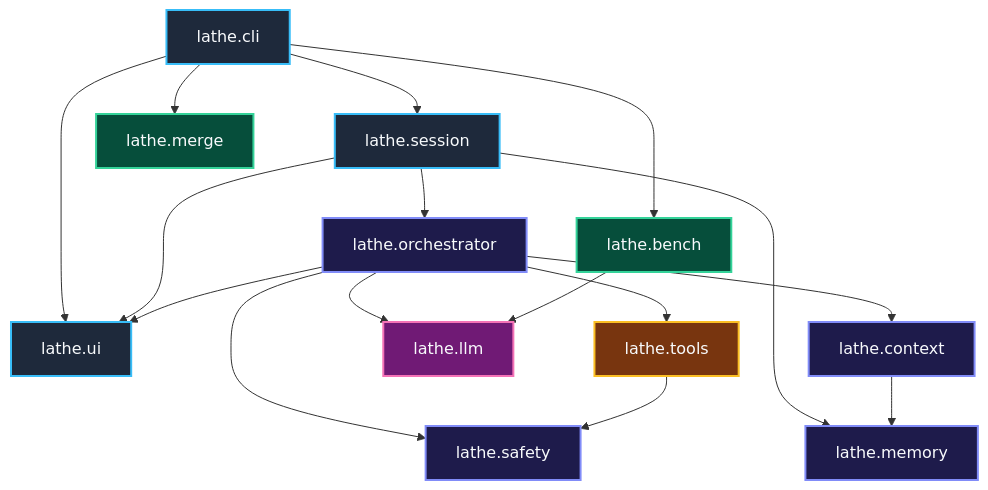
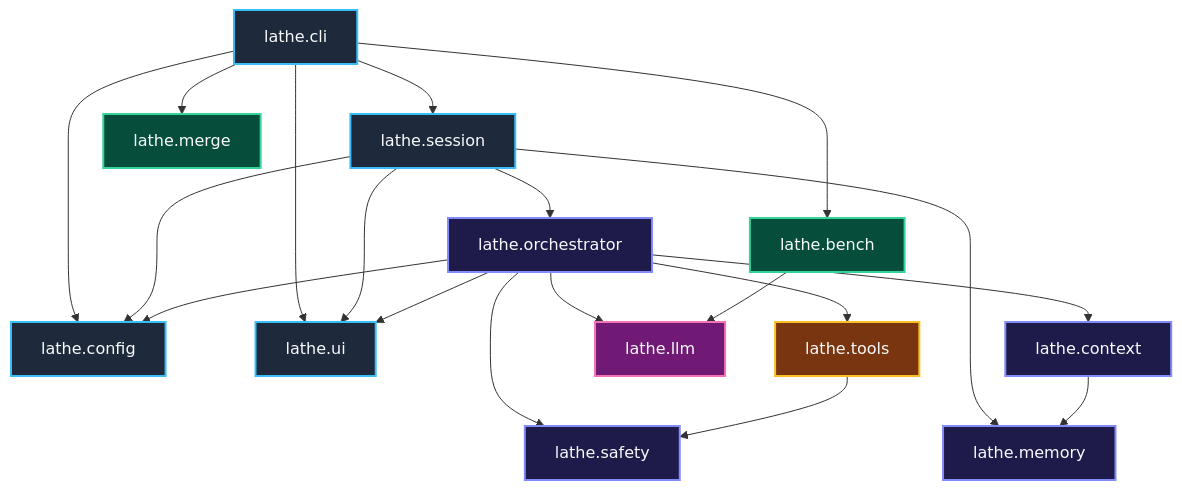
One commit to AdityaSurse/lathe changed the diagram in ARCHITECTURE.md. Above: the diagram before and after it, drawn with Mermaid. The commit also changed other lines of this file and 5 other files, not shown here.

````diff
--- a/ARCHITECTURE.md
+++ b/ARCHITECTURE.md
@@ -44,42 +47,46 @@
 ```mermaid
 flowchart TD
     classDef entry fill:#1e293b,stroke:#38bdf8,stroke-width:2px,color:#f8fafc;
     classDef core fill:#1e1b4b,stroke:#818cf8,stroke-width:2px,color:#f8fafc;
     classDef provider fill:#701a75,stroke:#f472b6,stroke-width:2px,color:#f8fafc;
     classDef support fill:#78350f,stroke:#fbbf24,stroke-width:2px,color:#f8fafc;
     classDef infra fill:#064e3b,stroke:#34d399,stroke-width:2px,color:#f8fafc;
 
     CLI["lathe.cli"]:::entry
+    Config["lathe.config"]:::entry
     Session["lathe.session"]:::entry
     UI["lathe.ui"]:::entry
 
     Orchestrator["lathe.orchestrator"]:::core
     Safety["lathe.safety"]:::core
     Memory["lathe.memory"]:::core
     Context["lathe.context"]:::core
 
     LLM["lathe.llm"]:::provider
     Tools["lathe.tools"]:::support
 
     Merge["lathe.merge"]:::infra
     Bench["lathe.bench"]:::infra
 
+    CLI --> Config
     CLI --> Session
     CLI --> UI
     CLI --> Merge
     CLI --> Bench
 
+    Session --> Config
     Session --> Orchestrator
     Session --> Memory
     Session --> UI
 
+    Orchestrator --> Config
     Orchestrator --> LLM
     Orchestrator --> Tools
     Orchestrator --> Safety
     Orchestrator --> Context
     Orchestrator --> UI
 
     Tools --> Safety
     Context --> Memory
     Bench --> LLM
 ```
````
